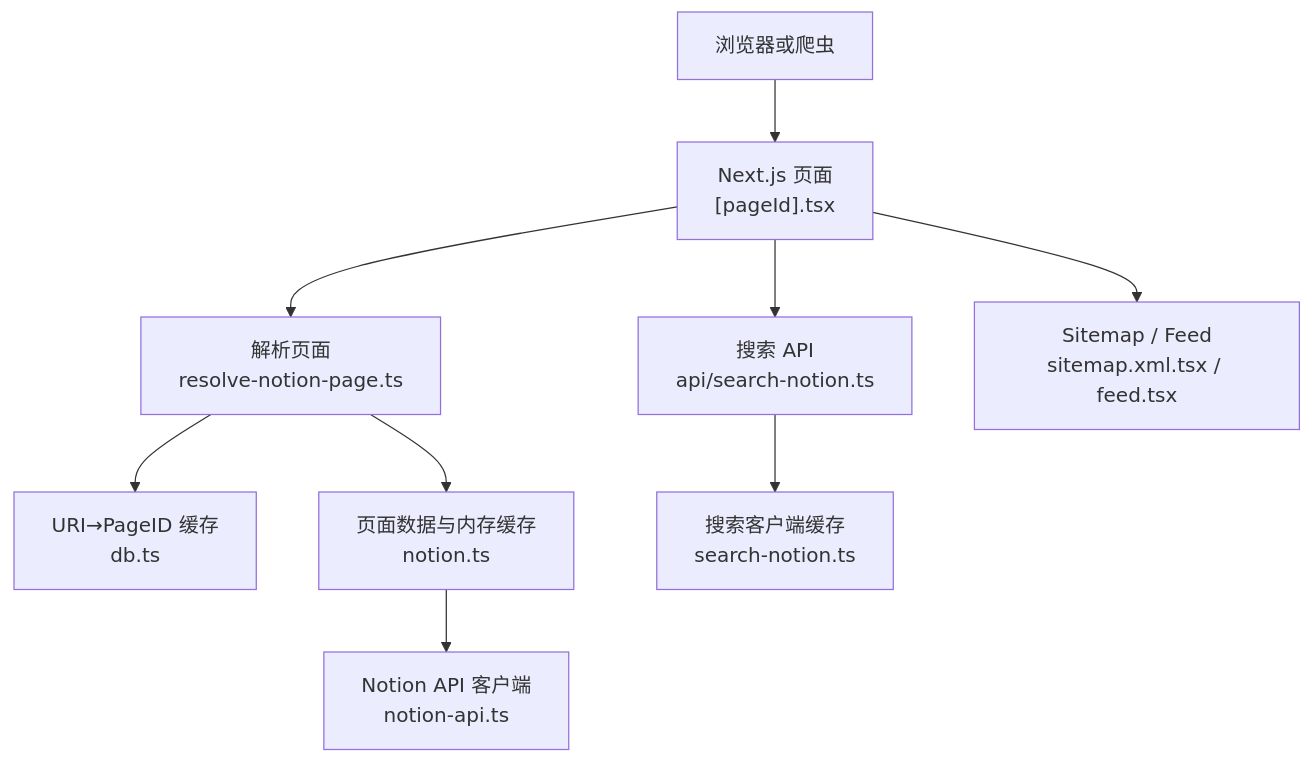
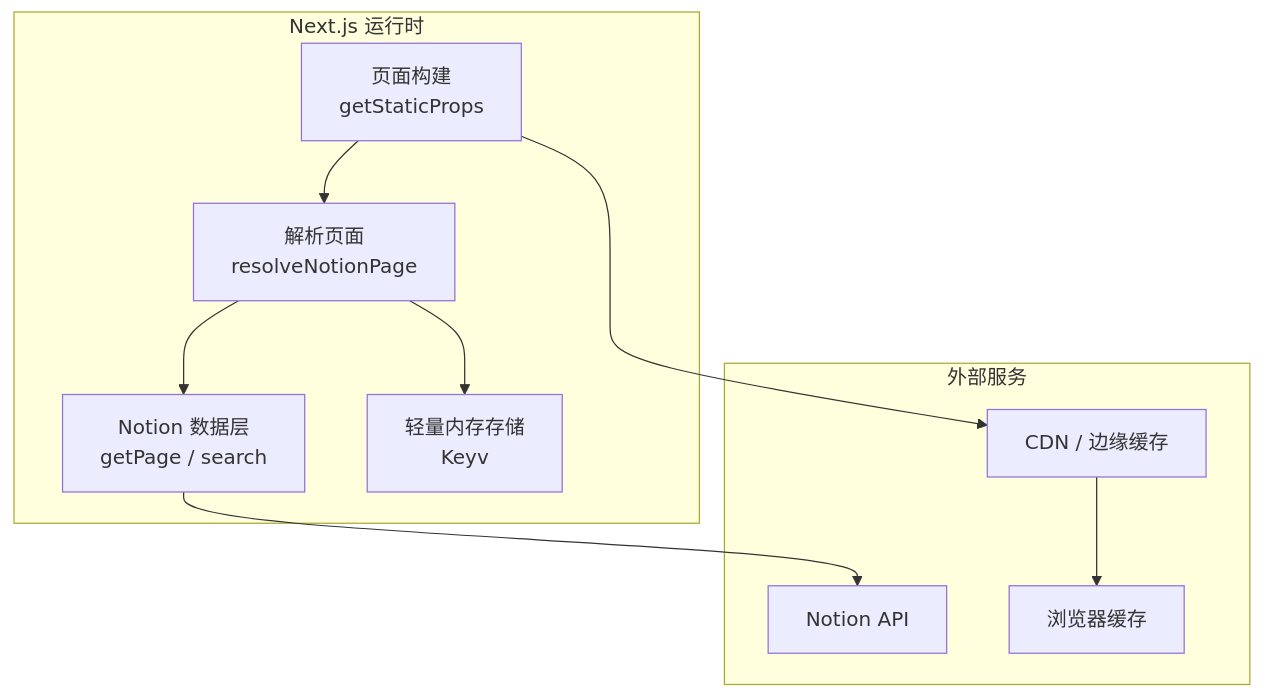
The first of 5 diagrams in .qoder/repowiki/zh/content/性能优化/缓存策略.md (PhysicalMouse/nextjs-notion-starter-kit), drawn with Mermaid before and after one commit. The commit also changed other lines of this file and 186 other files, not shown here.

````diff
--- a/.qoder/repowiki/zh/content/性能优化/缓存策略.md
+++ b/.qoder/repowiki/zh/content/性能优化/缓存策略.md
@@ -49,11 +48,20 @@
 ```mermaid
 graph TB
-Client["浏览器或爬虫"] --> Next["Next.js 页面<br/>[pageId].tsx"]
-Next --> Resolve["解析页面<br/>resolve-notion-page.ts"]
-Resolve --> DB["URI→PageID 缓存<br/>db.ts"]
-Resolve --> NotionLib["页面数据与内存缓存<br/>notion.ts"]
-NotionLib --> NotionAPI["Notion API 客户端<br/>notion-api.ts"]
-Next --> SearchAPI["搜索 API<br/>api/search-notion.ts"]
-SearchAPI --> SearchLib["搜索客户端缓存<br/>search-notion.ts"]
-Next --> StaticResources["Sitemap / Feed<br/>sitemap.xml.tsx / feed.tsx"]
+subgraph "Next.js 运行时"
+Page["页面构建<br/>getStaticProps"]
+Resolve["解析页面<br/>resolveNotionPage"]
+NotionLib["Notion 数据层<br/>getPage / search"]
+DB["轻量内存存储<br/>Keyv"]
+end
+subgraph "外部服务"
+NotionAPI["Notion API"]
+CDN["CDN / 边缘缓存"]
+Browser["浏览器缓存"]
+end
+Page --> Resolve
+Resolve --> DB
+Resolve --> NotionLib
+NotionLib --> NotionAPI
+Page --> CDN
+CDN --> Browser
 ```
````
